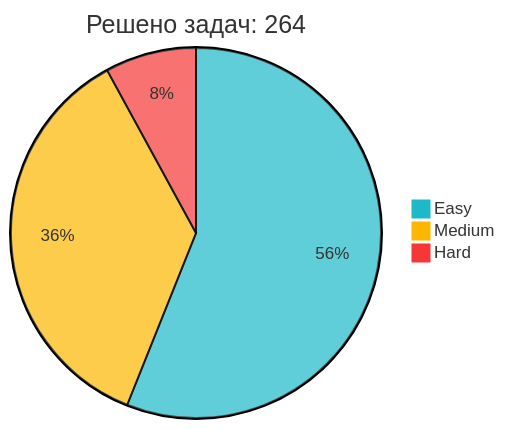
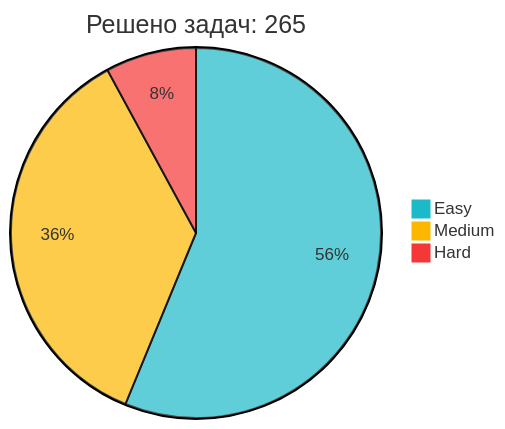
The diagram in README.md (IliaKurdukov/IliaKurdukov), drawn with Mermaid before and after one commit. The commit also changed other lines of this file, not shown here.

Commit message:
📈 Обновление статистики LeetCode

````diff
--- a/README.md
+++ b/README.md
@@ -51,7 +51,7 @@
 ```mermaid
 %%{init: {'theme': 'base', 'themeVariables': { 'pie1': '#1CBAC8', 'pie2': '#FEB700', 'pie3': '#F63737' }, 'config': {'width': 300, 'height': 200}}}%%
-pie title Решено задач: 264
-   "Easy" : 148
+pie title Решено задач: 265
+   "Easy" : 149
    "Medium" : 95
    "Hard" : 21
 ```
````
